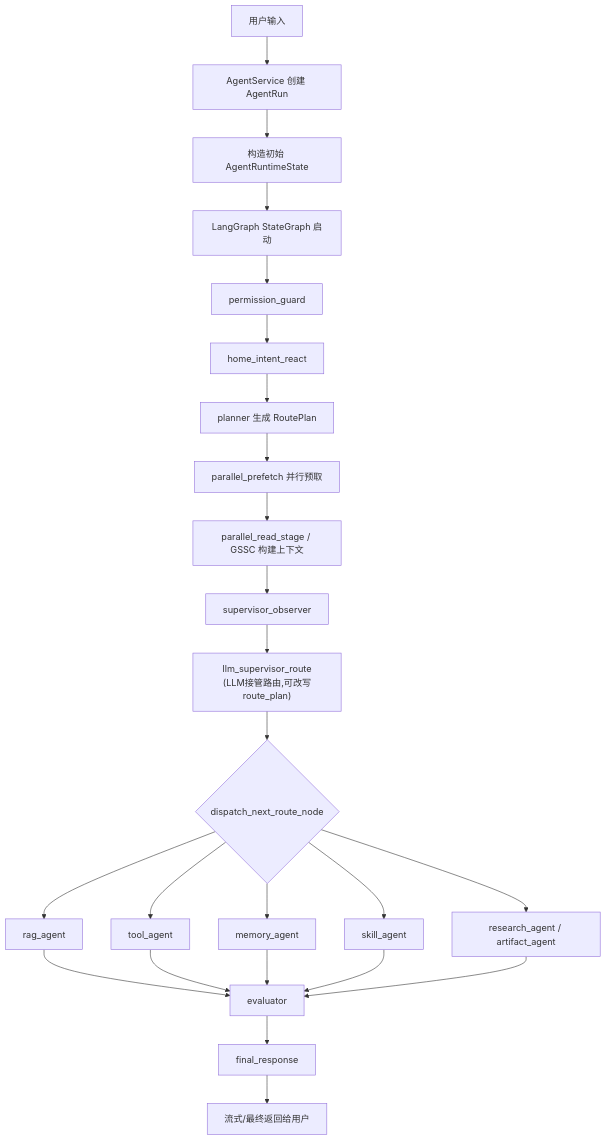
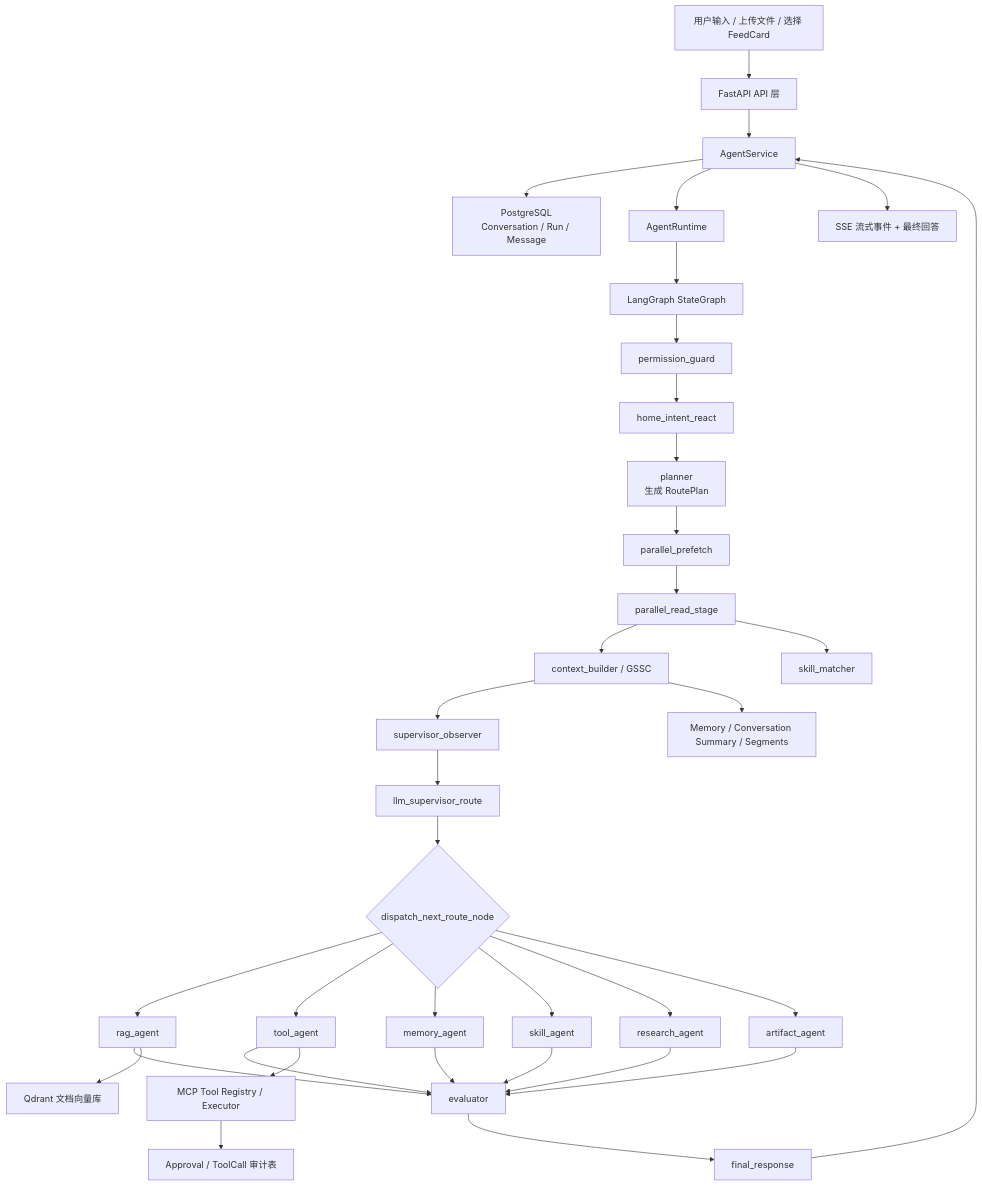
The first of 27 diagrams in agent面试.md (Ordish-cell/InsightGap-Agent), drawn with Mermaid before and after one commit. The commit also changed other lines of this file and 16 other files, not shown here.

````diff
--- a/agent面试.md
+++ b/agent面试.md
@@ -92,28 +64,41 @@
 ```mermaid
 flowchart TD
-    A["用户输入"] --> B["AgentService 创建 AgentRun"]
-    B --> C["构造初始 AgentRuntimeState"]
-    C --> D["LangGraph StateGraph 启动"]
-    D --> E["permission_guard"]
-    E --> F["home_intent_react"]
-    F --> G["planner 生成 RoutePlan"]
-    G --> H["parallel_prefetch 并行预取"]
-    H --> I["parallel_read_stage / GSSC 构建上下文"]
-    I --> J["supervisor_observer"]
-    J --> J2["llm_supervisor_route<br/>(LLM接管路由,可改写route_plan)"]
-    J2 --> K{"dispatch_next_route_node"}
+    U["用户输入 / 上传文件 / 选择 FeedCard"] --> API["FastAPI API 层"]
+    API --> AS["AgentService"]
+    AS --> DB1["PostgreSQL<br/>Conversation / Run / Message"]
+    AS --> RT["AgentRuntime"]
 
-    K --> L["rag_agent"]
-    K --> M["tool_agent"]
-    K --> N["memory_agent"]
-    K --> O["skill_agent"]
-    K --> P["research_agent / artifact_agent"]
+    RT --> LG["LangGraph StateGraph"]
+    LG --> P0["permission_guard"]
+    P0 --> I0["home_intent_react"]
+    I0 --> PL["planner<br/>生成 RoutePlan"]
+    PL --> PR["parallel_prefetch"]
+    PR --> RS["parallel_read_stage"]
+    RS --> CB["context_builder / GSSC"]
+    RS --> SKM["skill_matcher"]
+    CB --> SUP["supervisor_observer"]
+    SUP --> LSUP["llm_supervisor_route"]
+    LSUP --> DSP{"dispatch_next_route_node"}
 
-    L --> Q["evaluator"]
-    M --> Q
-    N --> Q
-    O --> Q
-    P --> Q
-    Q --> R["final_response"]
-    R --> S["流式/最终返回给用户"]
+    DSP --> RAG["rag_agent"]
+    DSP --> TOOL["tool_agent"]
+    DSP --> MEM["memory_agent"]
+    DSP --> SK["skill_agent"]
+    DSP --> RES["research_agent"]
+    DSP --> ART["artifact_agent"]
+
+    RAG --> EVAL["evaluator"]
+    TOOL --> EVAL
+    MEM --> EVAL
+    SK --> EVAL
+    RES --> EVAL
+    ART --> EVAL
+    EVAL --> FINAL["final_response"]
+    FINAL --> AS
+    AS --> OUT["SSE 流式事件 + 最终回答"]
+
+    CB --> MEMDB["Memory / Conversation Summary / Segments"]
+    RAG --> QD["Qdrant 文档向量库"]
+    TOOL --> MCP["MCP Tool Registry / Executor"]
+    MCP --> APPROVAL["Approval / ToolCall 审计表"]
 ```
````
